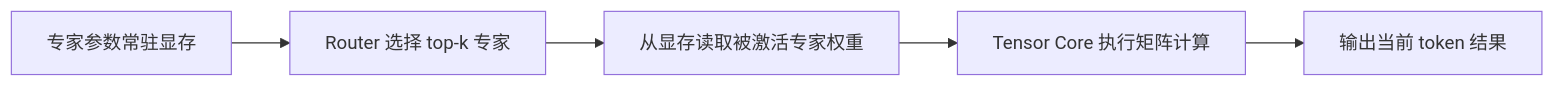
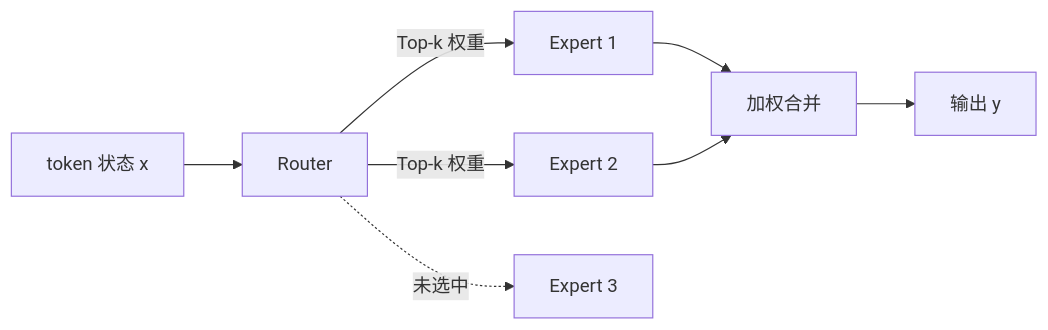
The diagram in ai/mechanism/moe.md (zhangqian-silk/computer-science), drawn with Mermaid before and after one commit. The commit also changed other lines of this file and 52 other files, not shown here.

````diff
--- a/ai/mechanism/moe.md
+++ b/ai/mechanism/moe.md
@@ -409,7 +9,10 @@
-```mermaid
+~~~mermaid
 flowchart LR
-	A["专家参数常驻显存"] --> B["Router 选择 top-k 专家"]
-	B --> C["从显存读取被激活专家权重"]
-	C --> D["Tensor Core 执行矩阵计算"]
-	D --> E["输出当前 token 结果"]
-```
+	X["token 状态 x"] --> R["Router"]
+	R -->|Top-k 权重| E1["Expert 1"]
+	R -->|Top-k 权重| E2["Expert 2"]
+	R -.未选中.-> E3["Expert 3"]
+	E1 --> S["加权合并"]
+	E2 --> S
+	S --> Y["输出 y"]
+~~~
````
